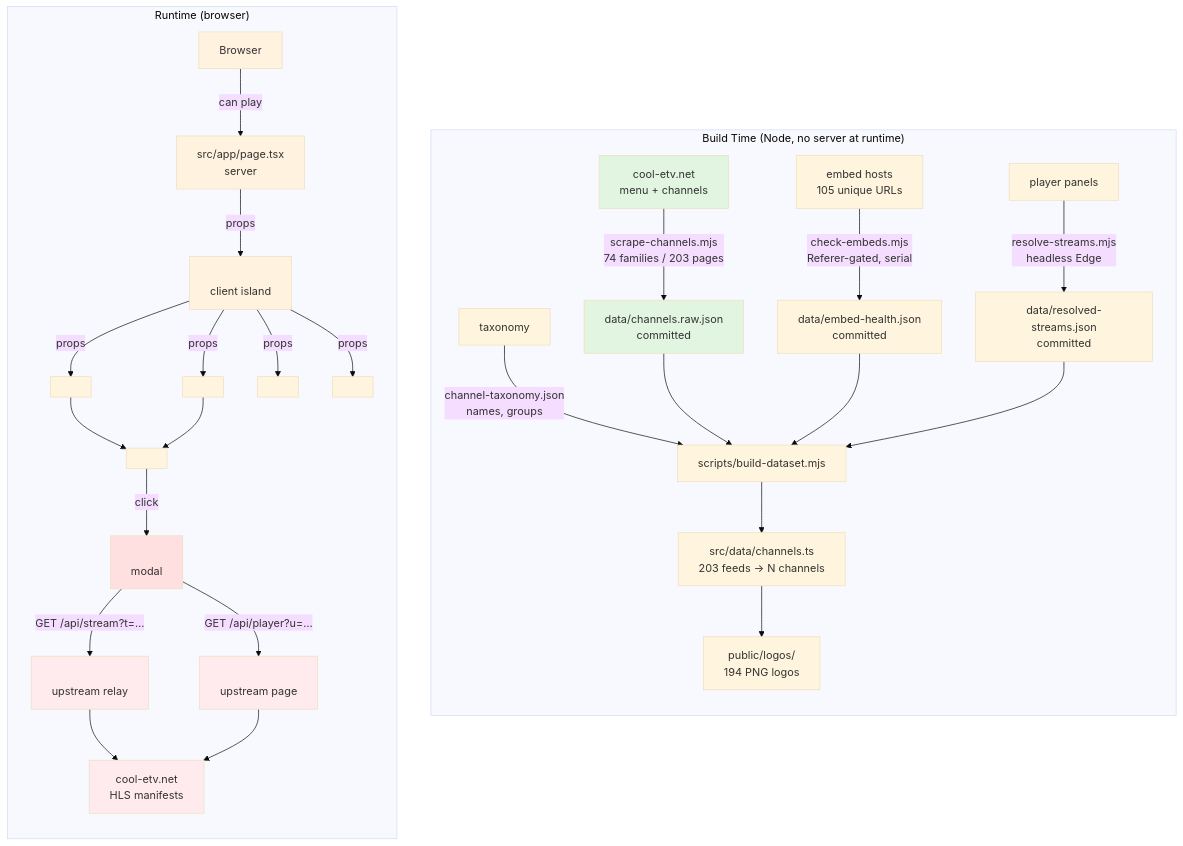
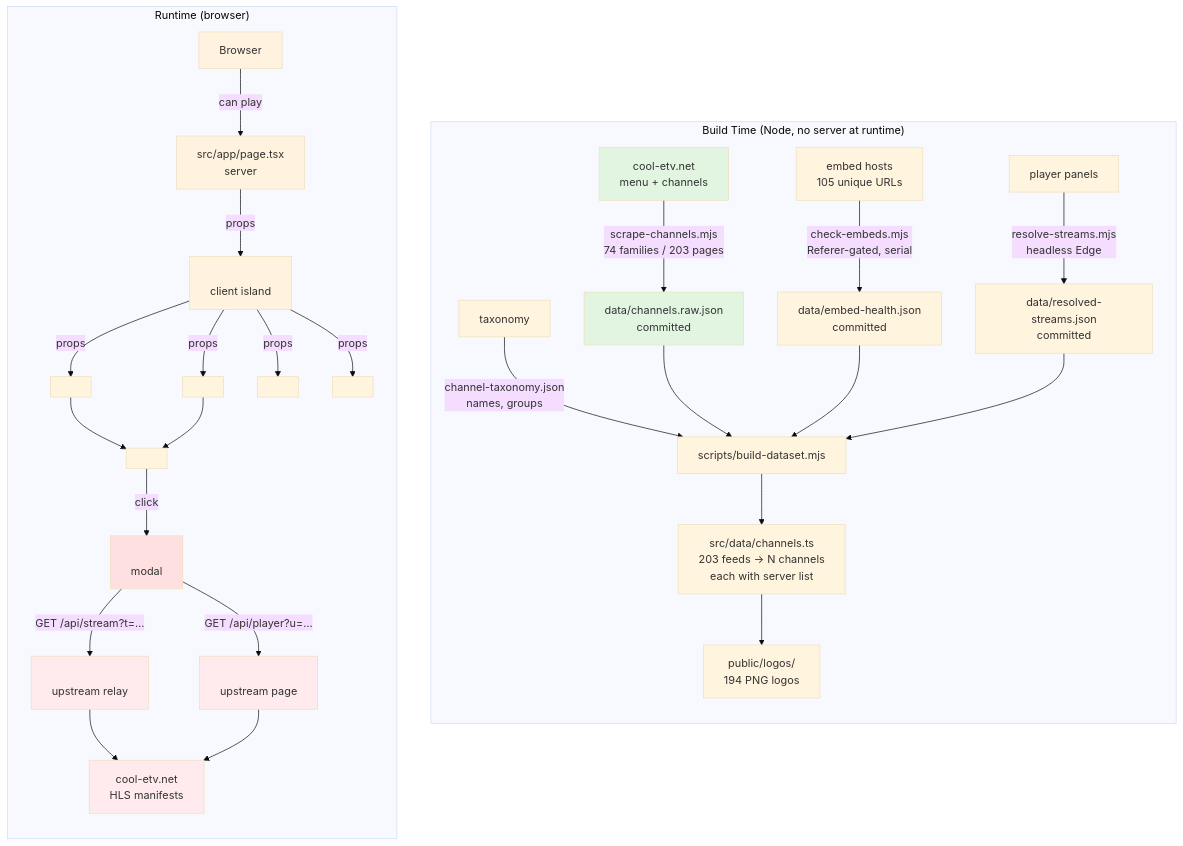
The first of 2 diagrams in README.md (collaby-org/acum), drawn with Mermaid (base theme) before and after one commit. The commit also changed other lines of this file and 1 other file, not shown here.

First line of the commit message:
docs: rewrite READMEs in English with Mermaid diagrams, fix pricing info

````diff
--- a/README.md
+++ b/README.md
@@ -64,55 +23,55 @@
 ```mermaid
 graph TB
     subgraph "Build Time (Node, no server at runtime)"
         direction TB
         
         A[cool-etv.net<br/>menu + channels] -->|scrape-channels.mjs<br/>74 families / 203 pages| B[data/channels.raw.json<br/>committed]
         
         C[embed hosts<br/>105 unique URLs] -->|check-embeds.mjs<br/>Referer-gated, serial| D[data/embed-health.json<br/>committed]
         
         E[player panels] -->|resolve-streams.mjs<br/>headless Edge| F[data/resolved-streams.json<br/>committed]
         
         G[taxonomy] -->|channel-taxonomy.json<br/>names, groups| G2[scripts/build-dataset.mjs]
         
         B --> G2
         D --> G2
         F --> G2
         
-        G2 --> H[src/data/channels.ts<br/>203 feeds → N channels]
+        G2 --> H[src/data/channels.ts<br/>203 feeds → N channels<br/>each with server list]
         
         H --> I[public/logos/<br/>194 PNG logos]
     end
     
     subgraph "Runtime (browser)"
         direction TB
         
         J[Browser] -->|can play| K[src/app/page.tsx<br/>server]
         K -->|props| L[<Browse><br/>client island]
         
         L -->|props| M[<Hero>]
         L -->|props| N[<Rail>]
         L -->|props| O[<ChannelIndex>]
         L -->|props| P[<SearchPanel>]
         
         M --> Q[<ChannelCard>]
         N --> Q
         
         Q -->|click| R[<Player><br/>modal]
         
         R -->|GET /api/stream?t=…| S[<api/stream><br/>upstream relay]
         R -->|GET /api/player?u=…| T[<api/player><br/>upstream page]
         
         S --> U[cool-etv.net<br/>HLS manifests]
         T --> U
     end
     
     style A fill:#e1f5e1
     style B fill:#e1f5e1
     style J fill:#fff3e0
     style K fill:#fff3e0
     style L fill:#fff3e0
     style R fill:#ffe0e0
     style S fill:#ffebee
     style T fill:#ffebee
     style U fill:#ffebee
 ```
````
